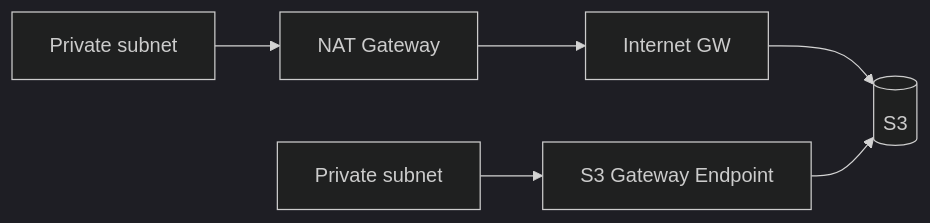
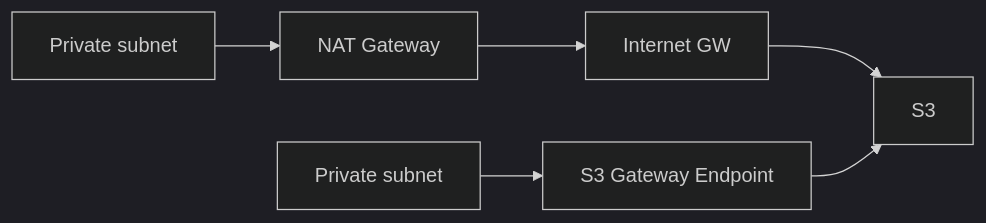
The diagram in aws-saa/week04-domain04-cost-optimized-architectures/day05/01-theory.md (niceguy61/aws-saa-lecture-2026), drawn with Mermaid (dark theme) before and after one commit. The commit also changed other lines of this file and 11 other files, not shown here.

Commit message:
Harden mermaid diagrams for GitHub rendering

````diff
--- a/aws-saa/week04-domain04-cost-optimized-architectures/day05/01-theory.md
+++ b/aws-saa/week04-domain04-cost-optimized-architectures/day05/01-theory.md
@@ -29,5 +29,5 @@
 ```mermaid
 flowchart LR
-  App[Private subnet] --> NAT[NAT Gateway] --> IGW[Internet GW] --> S3[(S3)]
+  App[Private subnet] --> NAT[NAT Gateway] --> IGW[Internet GW] --> S3[S3]
   App2[Private subnet] --> EP[S3 Gateway Endpoint] --> S3
 ```
````
